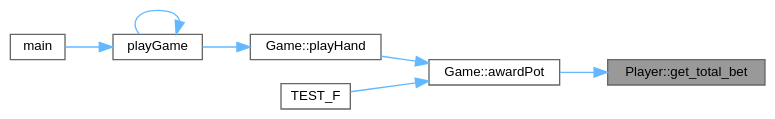
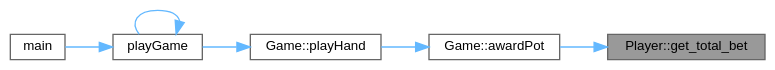
One commit to jesstyrrell/cosc345 changed the diagram in class_player_a37ed1e9eb87f6cf207ba4a1e6716686a_icgraph.dot. Above: the diagram before and after it, drawn with Graphviz. The commit also changed 266 other files, not shown here.

```diff
--- a/class_player_a37ed1e9eb87f6cf207ba4a1e6716686a_icgraph.dot
+++ b/class_player_a37ed1e9eb87f6cf207ba4a1e6716686a_icgraph.dot
@@ -1,21 +1,19 @@
 digraph "Player::get_total_bet"
 {
  // INTERACTIVE_SVG=YES
  // LATEX_PDF_SIZE
   bgcolor="transparent";
   edge [fontname=Helvetica,fontsize=10,labelfontname=Helvetica,labelfontsize=10];
   node [fontname=Helvetica,fontsize=10,shape=box,height=0.2,width=0.4];
   rankdir="RL";
   Node1 [id="Node000001",label="Player::get_total_bet",height=0.2,width=0.4,color="gray40", fillcolor="grey60", style="filled", fontcolor="black",tooltip="Gets the total amount the player has bet this hand."];
   Node1 -> Node2 [id="edge1_Node000001_Node000002",dir="back",color="steelblue1",style="solid",tooltip=" "];
   Node2 [id="Node000002",label="Game::awardPot",height=0.2,width=0.4,color="grey40", fillcolor="white", style="filled",URL="$class_game.html#ac0b29143b66a8cecb267b54ac84deb06",tooltip="Awards the pot to the winning players."];
   Node2 -> Node3 [id="edge2_Node000002_Node000003",dir="back",color="steelblue1",style="solid",tooltip=" "];
-  Node3 [id="Node000003",label="Game::playHand",height=0.2,width=0.4,color="grey40", fillcolor="white", style="filled",URL="$class_game.html#ab72401c43b303a37dec67f3d6b75a927",tooltip="Plays a single hand of poker."];
+  Node3 [id="Node000003",label="Game::playHand",height=0.2,width=0.4,color="grey40", fillcolor="white", style="filled",URL="$class_game.html#a800a564b56220d19d800fba07903070e",tooltip="Plays a single hand of poker."];
   Node3 -> Node4 [id="edge3_Node000003_Node000004",dir="back",color="steelblue1",style="solid",tooltip=" "];
   Node4 [id="Node000004",label="playGame",height=0.2,width=0.4,color="grey40", fillcolor="white", style="filled",URL="$main_8cpp.html#a4cbfdb17bf51e00546880626f7e80429",tooltip=" "];
   Node4 -> Node5 [id="edge4_Node000004_Node000005",dir="back",color="steelblue1",style="solid",tooltip=" "];
   Node5 [id="Node000005",label="main",height=0.2,width=0.4,color="grey40", fillcolor="white", style="filled",URL="$main_8cpp.html#a0ddf1224851353fc92bfbff6f499fa97",tooltip=" "];
   Node4 -> Node4 [id="edge5_Node000004_Node000004",dir="back",color="steelblue1",style="solid",tooltip=" "];
-  Node2 -> Node6 [id="edge6_Node000002_Node000006",dir="back",color="steelblue1",style="solid",tooltip=" "];
-  Node6 [id="Node000006",label="TEST_F",height=0.2,width=0.4,color="grey40", fillcolor="white", style="filled",URL="$test___game_8cc.html#adf97e005acdc02b38d612eabddf53792",tooltip=" "];
 }
```
